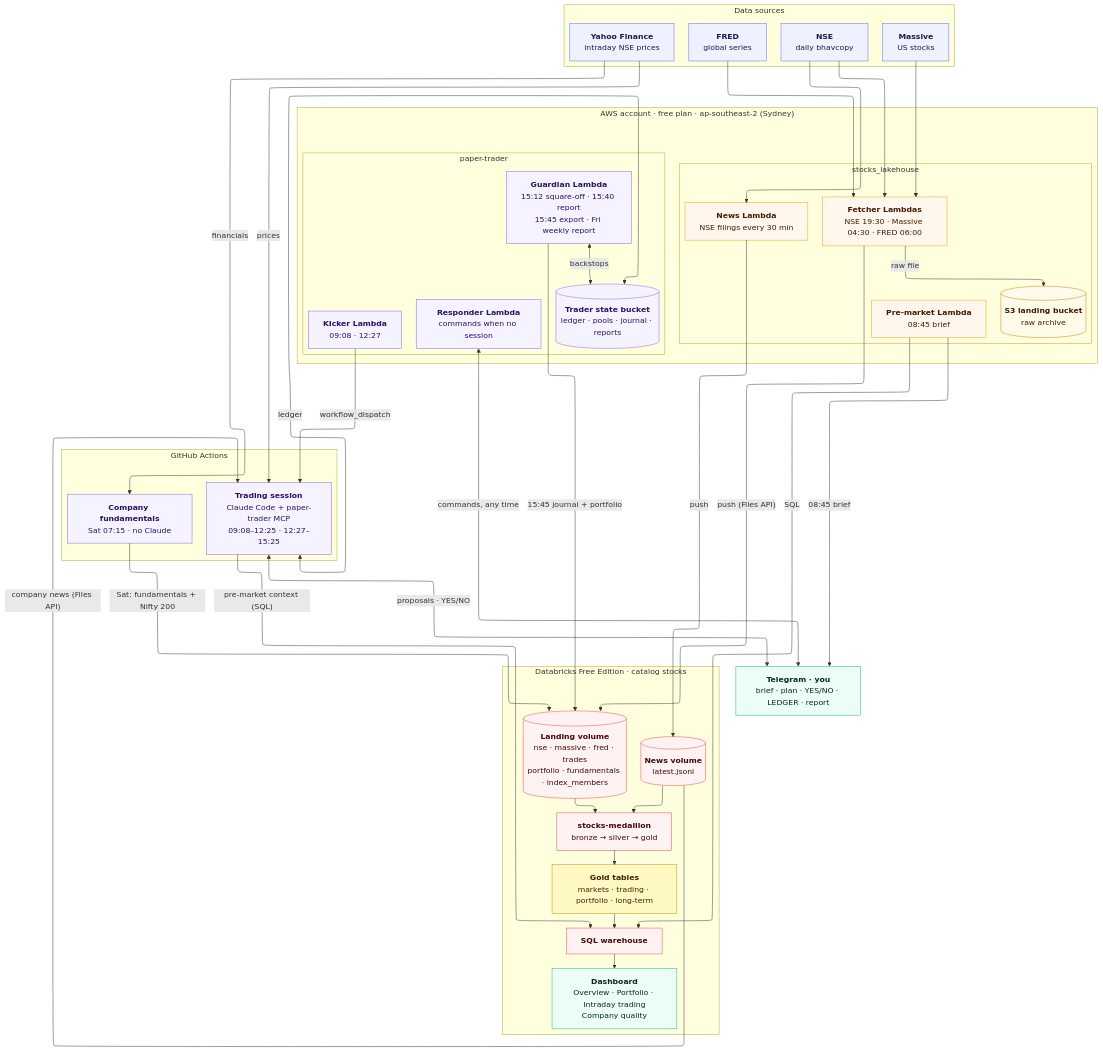
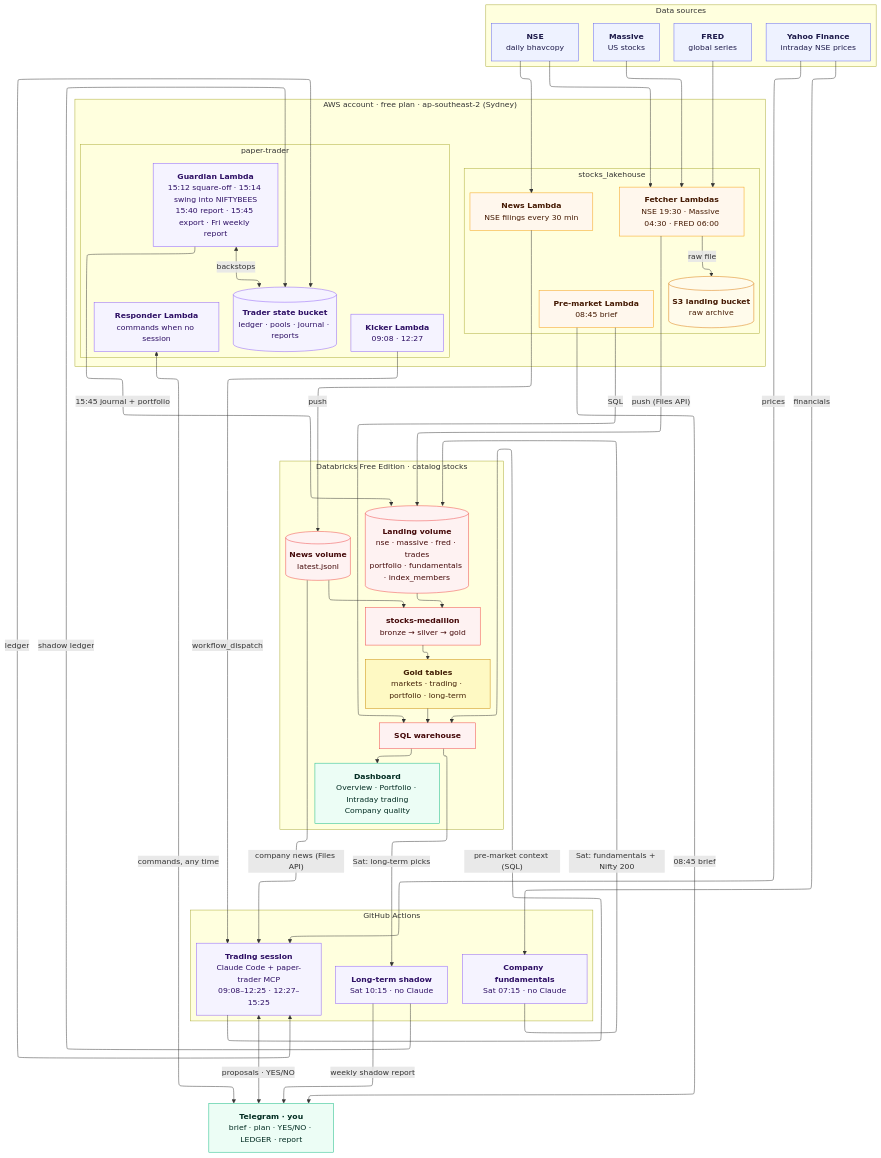
The diagram in docs/diagrams/05_platform.mmd (bumblebee26/stocks_lakehouse), drawn with Mermaid before and after one commit. The commit also changed 3 other files, not shown here.

First line of the commit message:
Docs: PLATFORM.md status and roadmap, long-term shadow job; shared diagram

```diff
--- a/docs/diagrams/05_platform.mmd
+++ b/docs/diagrams/05_platform.mmd
@@ -1,90 +1,94 @@
 ---
 config:
   layout: elk
   elk:
     mergeEdges: false
     nodePlacementStrategy: NETWORK_SIMPLEX
 ---
 %% Shared platform view: stocks_lakehouse + paper-trader.
 %% The same file lives in bumblebee26/paper-trader as docs/diagrams/01_platform.mmd; keep them identical.
 %% Secrets (SSM) and deployments (CI/CD) are left out on purpose: see 04_cicd and the security tables.
 flowchart TB
     subgraph SRC["Data sources"]
         direction LR
         NSE["<b>NSE</b><br/>daily bhavcopy"]
         MAS["<b>Massive</b><br/>US stocks"]
         FRED["<b>FRED</b><br/>global series"]
         YF["<b>Yahoo Finance</b><br/>intraday NSE prices"]
     end
 
     subgraph AWS["AWS account · free plan · ap-southeast-2 (Sydney)"]
         direction LR
         subgraph LHA["stocks_lakehouse"]
             direction TB
             FET["<b>Fetcher Lambdas</b><br/>NSE 19:30 · Massive 04:30 · FRED 06:00"]
             S3L[("<b>S3 landing bucket</b><br/>raw archive")]
             PM["<b>Pre-market Lambda</b><br/>08:45 brief"]
             NEWS["<b>News Lambda</b><br/>NSE filings every 30 min"]
         end
         subgraph PTA["paper-trader"]
             direction TB
             KICK["<b>Kicker Lambda</b><br/>09:08 · 12:27"]
-            GUARD["<b>Guardian Lambda</b><br/>15:12 square-off · 15:40 report<br/>15:45 export · Fri weekly report"]
+            GUARD["<b>Guardian Lambda</b><br/>15:12 square-off · 15:14 swing into NIFTYBEES<br/>15:40 report · 15:45 export · Fri weekly report"]
             S3T[("<b>Trader state bucket</b><br/>ledger · pools · journal · reports")]
             RESP["<b>Responder Lambda</b><br/>commands when no session"]
         end
     end
 
     subgraph GHA["GitHub Actions"]
         direction TB
         SESS["<b>Trading session</b><br/>Claude Code + paper-trader MCP<br/>09:08–12:25 · 12:27–15:25"]
         FUND["<b>Company fundamentals</b><br/>Sat 07:15 · no Claude"]
+        SHAD["<b>Long-term shadow</b><br/>Sat 10:15 · no Claude"]
     end
 
     subgraph DBX["Databricks Free Edition · catalog stocks"]
         direction TB
         VOL[("<b>Landing volume</b><br/>nse · massive · fred · trades<br/>portfolio · fundamentals · index_members")]
         NVOL[("<b>News volume</b><br/>latest.jsonl")]
         PIPE["<b>stocks-medallion</b><br/>bronze → silver → gold"]
         GOLD["<b>Gold tables</b><br/>markets · trading · portfolio · long-term"]
         WH["<b>SQL warehouse</b>"]
         DASH["<b>Dashboard</b><br/>Overview · Portfolio · Intraday trading<br/>Company quality"]
         VOL --> PIPE --> GOLD --> WH --> DASH
         NVOL --> PIPE
     end
 
     TG["<b>Telegram · you</b><br/>brief · plan · YES/NO · LEDGER · report"]
 
     NSE & MAS & FRED --> FET
     FET -- "raw file" --> S3L
     FET -- "push (Files API)" --> VOL
     NSE --> NEWS
     NEWS -- "push" --> NVOL
     PM -- "SQL" --> WH
     PM -- "08:45 brief" --> TG
     KICK -- "workflow_dispatch" --> SESS
     SESS -- "pre-market context (SQL)" --> WH
     YF -- "prices" --> SESS
     NVOL -- "company news (Files API)" --> SESS
     YF -- "financials" --> FUND
     FUND -- "Sat: fundamentals + Nifty 200" --> VOL
+    WH -- "Sat: long-term picks" --> SHAD
+    SHAD -- "shadow ledger" --> S3T
+    SHAD -- "weekly shadow report" --> TG
     SESS <-- "ledger" --> S3T
     SESS <-- "proposals · YES/NO" --> TG
     GUARD <-- "backstops" --> S3T
     GUARD -- "15:45 journal + portfolio" --> VOL
     RESP <-- "commands, any time" --> TG
 
     classDef ext fill:#eef2ff,stroke:#6366f1,color:#1e1b4b
     classDef aws fill:#fff7ed,stroke:#f59e0b,color:#451a03
     classDef store fill:#fffbeb,stroke:#d97706,color:#451a03
     classDef trader fill:#f5f3ff,stroke:#8b5cf6,color:#2e1065
     classDef dbx fill:#fef2f2,stroke:#ef4444,color:#450a0a
     classDef gold fill:#fef9c3,stroke:#ca8a04,color:#422006
     classDef out fill:#ecfdf5,stroke:#10b981,color:#022c22
     class NSE,MAS,FRED,YF ext
     class FET,PM,NEWS aws
     class S3L store
-    class KICK,GUARD,S3T,SESS,RESP,FUND trader
+    class KICK,GUARD,S3T,SESS,RESP,FUND,SHAD trader
     class VOL,NVOL,PIPE,WH dbx
     class GOLD gold
     class DASH,TG out
```
